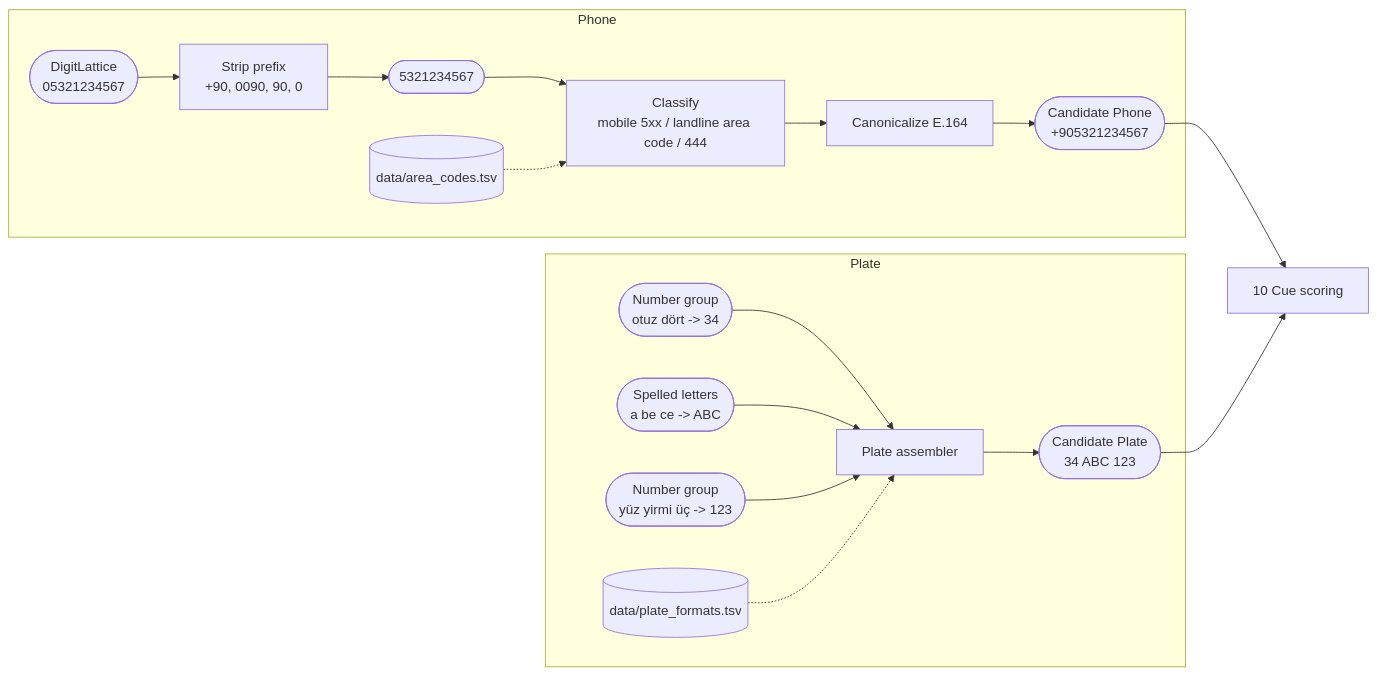
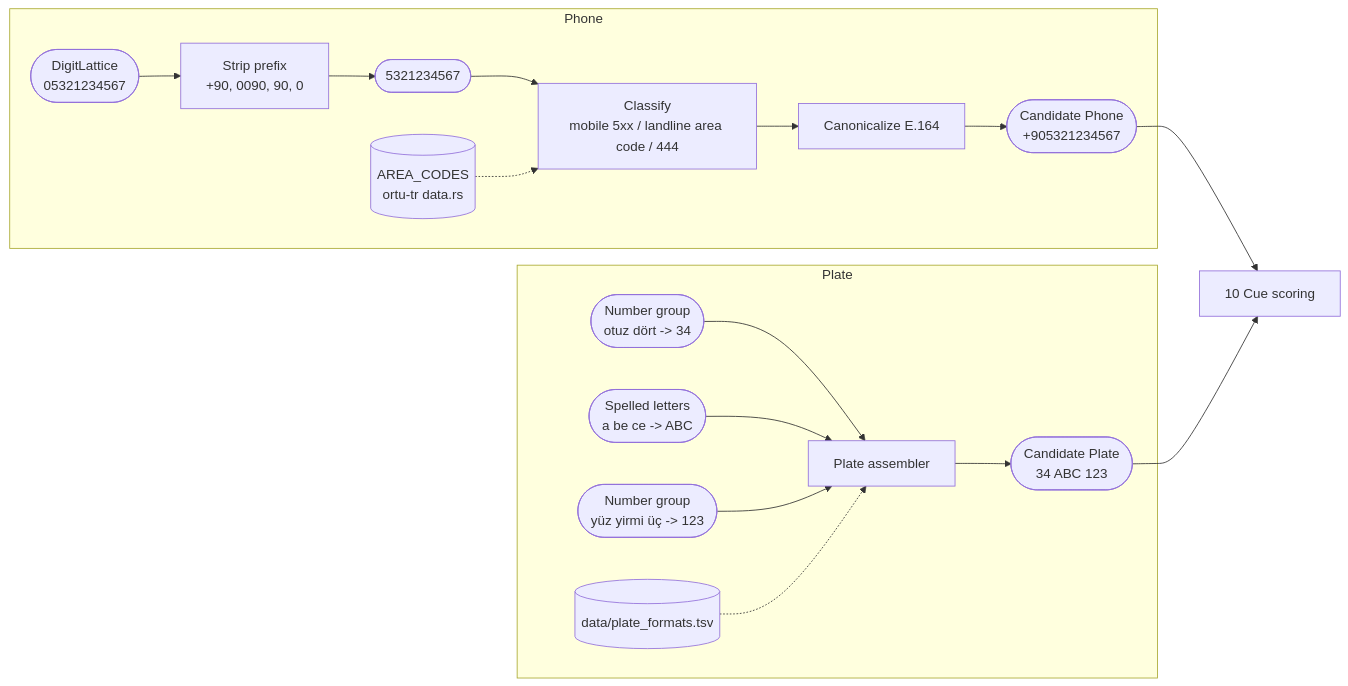
One commit to aral-by/ortu changed the first of 2 diagrams in docs/algorithms/08-phone-and-plate-detection.md. Above: the diagram before and after it, drawn with Mermaid. The commit also changed other lines of this file and 10 other files, not shown here.

````diff
--- a/docs/algorithms/08-phone-and-plate-detection.md
+++ b/docs/algorithms/08-phone-and-plate-detection.md
@@ -18,19 +18,19 @@
 ```mermaid
 flowchart LR
     subgraph Phone
         LAT(["DigitLattice<br/>05321234567"]) --> P1["Strip prefix<br/>+90, 0090, 90, 0"]
         P1 --> N10(["5321234567"])
         N10 --> P2["Classify<br/>mobile 5xx / landline area code / 444"]
-        AC[("data/area_codes.tsv")] -.-> P2
+        AC[("AREA_CODES<br/>ortu-tr data.rs")] -.-> P2
         P2 --> P3["Canonicalize E.164"]
         P3 --> PC(["Candidate Phone<br/>+905321234567"])
     end
     subgraph Plate
         NUM(["Number group<br/>otuz dört -> 34"]) --> Q1["Plate assembler"]
         LET(["Spelled letters<br/>a be ce -> ABC"]) --> Q1
         DIG(["Number group<br/>yüz yirmi üç -> 123"]) --> Q1
         PF[("data/plate_formats.tsv")] -.-> Q1
         Q1 --> PL(["Candidate Plate<br/>34 ABC 123"])
     end
     PC & PL --> NEXT["10 Cue scoring"]
 ```
````
